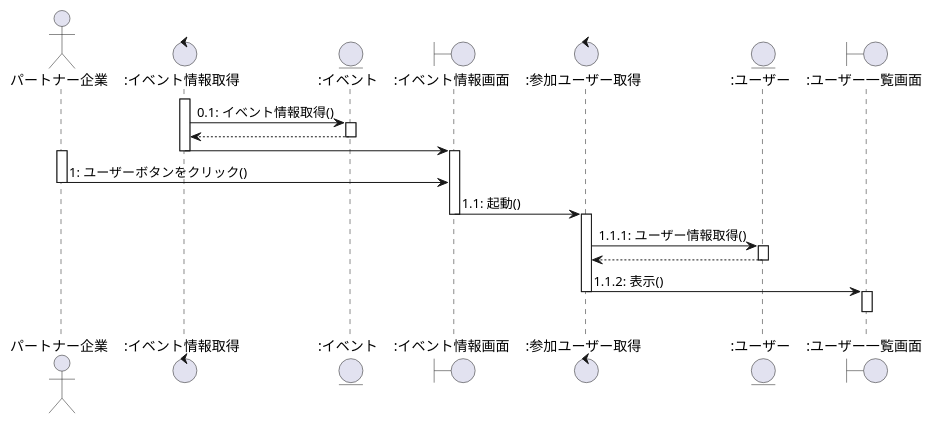
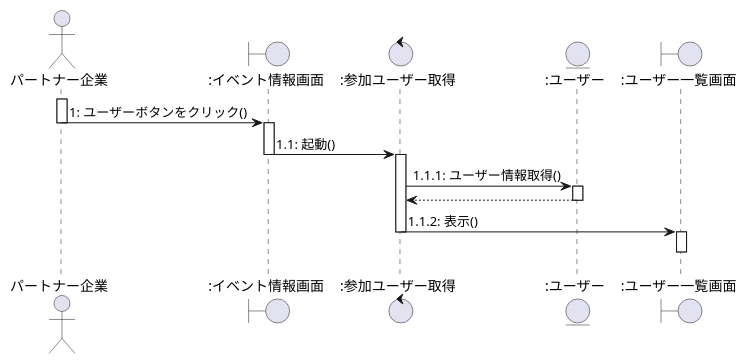
One commit to ksw2270227/GroupF changed the eighth of 10 diagrams in client_sequence.plantuml. Above: the diagram before and after it, drawn with PlantUML. The commit also changed other lines of this file and 1 other file, not shown here.

```diff
--- a/client_sequence.plantuml
+++ b/client_sequence.plantuml
@@ -368,42 +363,44 @@
 @startuml 参加ユーザー確認
 
-
 actor パートナー企業 as 0
-Control ":イベント情報取得" as b
-Entity ":イベント" as en
+'Control ":イベント情報取得" as b
+'Entity ":イベント" as en
 Boundary ":イベント情報画面" as a
 Control ":参加ユーザー取得" as c
 Entity ":ユーザー" as enn
 Boundary ":ユーザー一覧画面" as d
 
+/'
 activate b
 b -> en : 0.1: イベント情報取得()
 activate en
 en --> b
 deactivate en
 
 b -> a
 deactivate b
 activate a
+'/
 
 activate 0
     0 -> a :1: ユーザーボタンをクリック()
 deactivate 0
+activate a
 
 
 a -> c :1.1: 起動()
 deactivate a
 
 activate c
     c -> enn :1.1.1: ユーザー情報取得()
 activate enn
     c <-- enn
 deactivate enn
 
 c -> d :1.1.2: 表示()
 deactivate c
 activate d
 d -[hidden]-> d
 deactivate d
 
 @enduml
```
